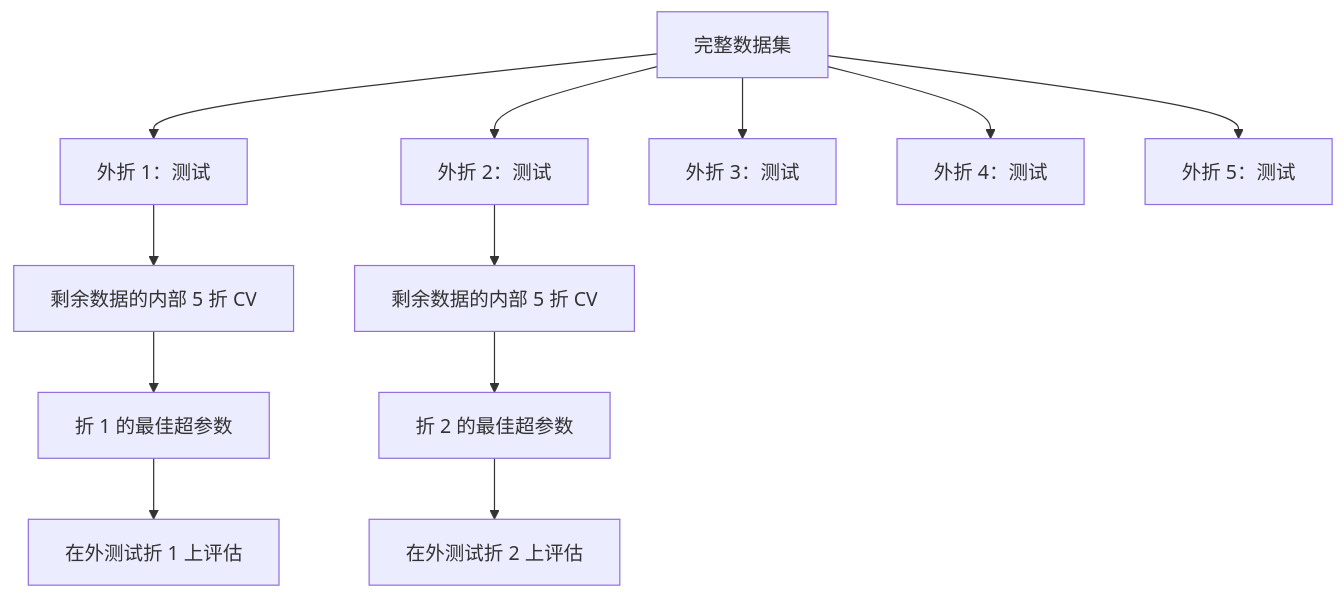
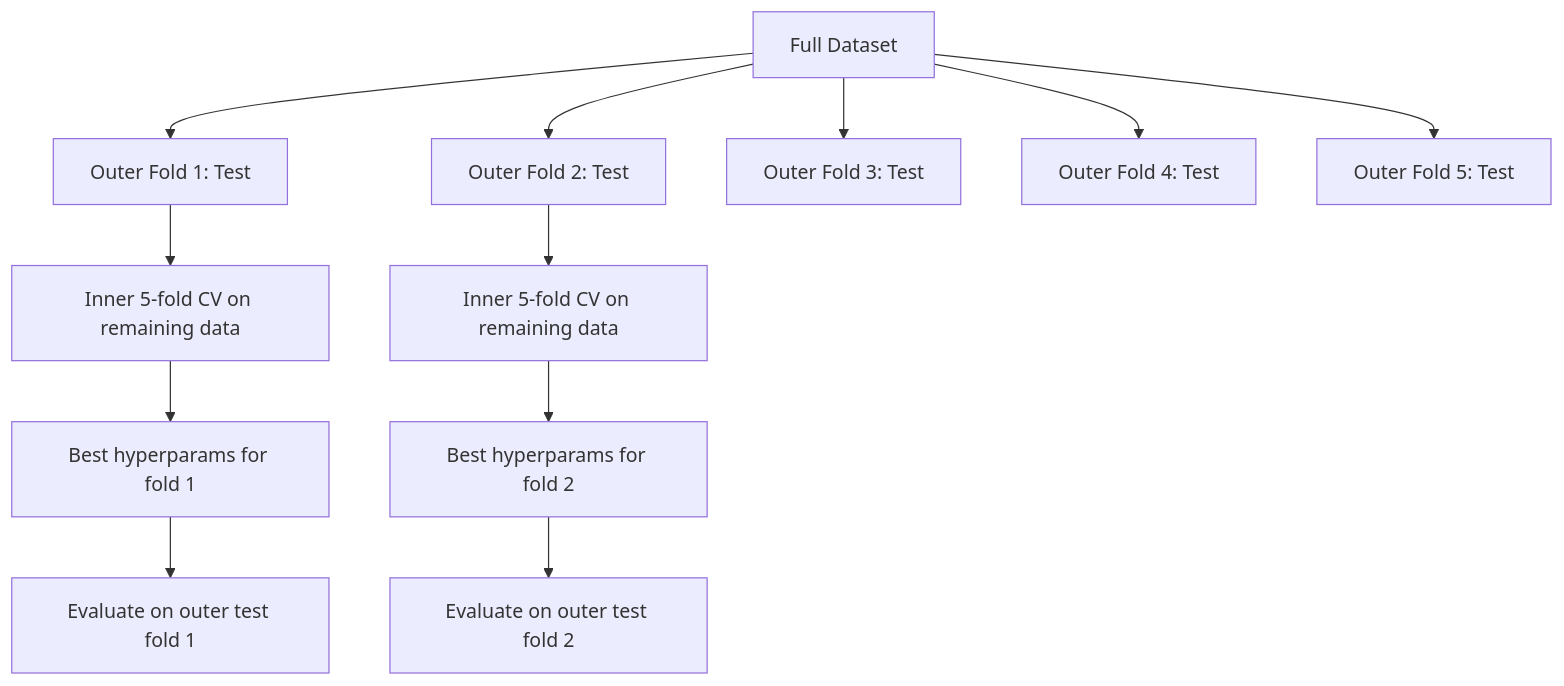
One commit to xiaojiaenen/ai-engineering-from-scratch-zh changed the fourth of 4 diagrams in i18n/zh/phases/02-ml-fundamentals/12-hyperparameter-tuning/docs/zh.md. Above: the diagram before and after it, drawn with Mermaid. The commit also changed other lines of this file and 18 other files, not shown here.

````diff
--- a/i18n/zh/phases/02-ml-fundamentals/12-hyperparameter-tuning/docs/zh.md
+++ b/i18n/zh/phases/02-ml-fundamentals/12-hyperparameter-tuning/docs/zh.md
@@ -180,16 +180,16 @@
 ```mermaid
 flowchart TD
-    D[完整数据集] --> O1[外折 1：测试]
-    D --> O2[外折 2：测试]
-    D --> O3[外折 3：测试]
-    D --> O4[外折 4：测试]
-    D --> O5[外折 5：测试]
+    D[Full Dataset] --> O1[Outer Fold 1: Test]
+    D --> O2[Outer Fold 2: Test]
+    D --> O3[Outer Fold 3: Test]
+    D --> O4[Outer Fold 4: Test]
+    D --> O5[Outer Fold 5: Test]
 
-    O1 --> I1[剩余数据的内部 5 折 CV]
-    I1 --> T1[折 1 的最佳超参数]
-    T1 --> E1[在外测试折 1 上评估]
+    O1 --> I1[Inner 5-fold CV on remaining data]
+    I1 --> T1[Best hyperparams for fold 1]
+    T1 --> E1[Evaluate on outer test fold 1]
 
-    O2 --> I2[剩余数据的内部 5 折 CV]
-    I2 --> T2[折 2 的最佳超参数]
-    T2 --> E2[在外测试折 2 上评估]
+    O2 --> I2[Inner 5-fold CV on remaining data]
+    I2 --> T2[Best hyperparams for fold 2]
+    T2 --> E2[Evaluate on outer test fold 2]
 ```
````
